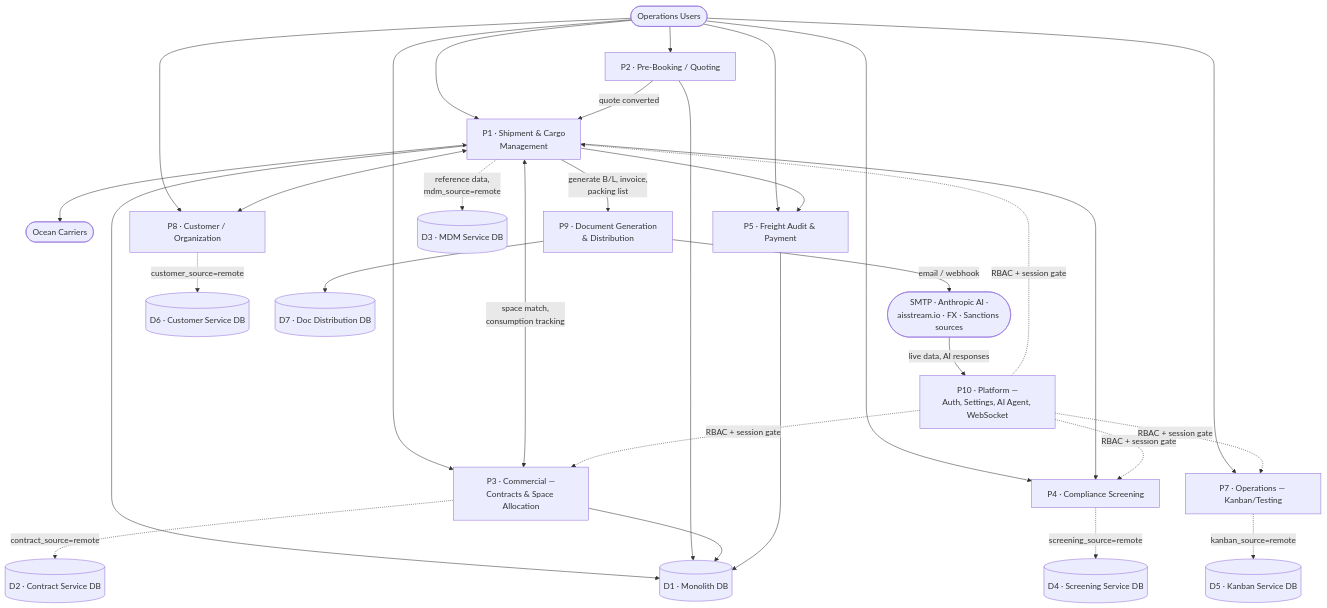
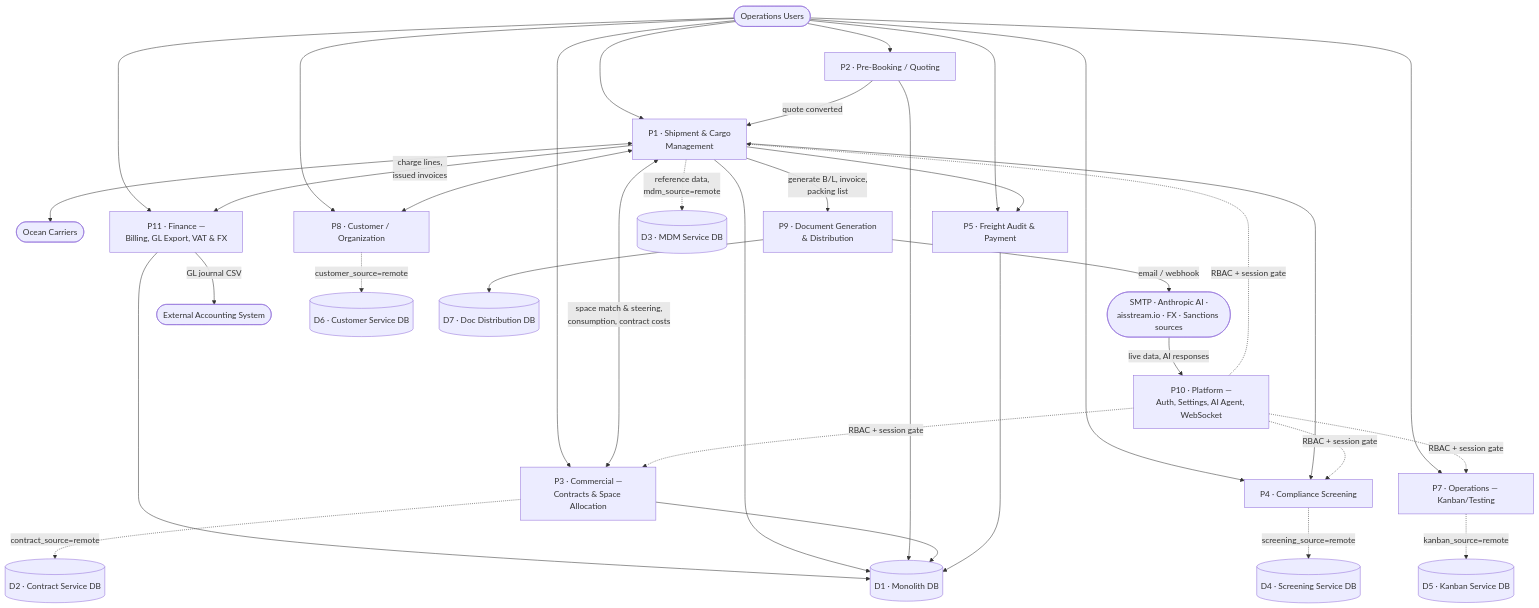
Before and after one commit to alex-mitroiu/CargoDesk: the second of 2 diagrams in DFS.md, drawn with Mermaid. The commit also changed other lines of this file and 89 other files, not shown here.

````diff
--- a/DFS.md
+++ b/DFS.md
@@ -117,59 +123,65 @@
 ```mermaid
 flowchart TB
     Users(["Operations Users"])
     Carriers(["Ocean Carriers"])
     Ext(["SMTP · Anthropic AI ·\naisstream.io · FX · Sanctions sources"])
+    Acc(["External Accounting System"])
 
     P1["P1 · Shipment & Cargo\nManagement"]
     P2["P2 · Pre-Booking / Quoting"]
     P3["P3 · Commercial —\nContracts & Space Allocation"]
     P4["P4 · Compliance Screening"]
     P5["P5 · Freight Audit & Payment"]
     P7["P7 · Operations — Kanban/Testing"]
     P8["P8 · Customer / Organization"]
     P9["P9 · Document Generation\n& Distribution"]
     P10["P10 · Platform —\nAuth, Settings, AI Agent, WebSocket"]
+    P11["P11 · Finance —\nBilling, GL Export, VAT & FX"]
 
     D1[("D1 · Monolith DB")]
     D2[("D2 · Contract Service DB")]
     D3[("D3 · MDM Service DB")]
     D4[("D4 · Screening Service DB")]
     D5[("D5 · Kanban Service DB")]
     D6[("D6 · Customer Service DB")]
     D7[("D7 · Doc Distribution DB")]
 
     Users --> P1
     Users --> P2
     Users --> P3
     Users --> P4
     Users --> P5
     Users --> P7
     Users --> P8
+    Users --> P11
 
     P2 -->|quote converted| P1
     P1 <--> Carriers
-    P1 <-->|space match,\nconsumption tracking| P3
+    P1 <-->|space match & steering,\nconsumption, contract costs| P3
+    P1 -->|charge lines,\nissued invoices| P11
+    P11 -->|GL journal CSV| Acc
+    P11 --> D1
     P1 --> P4
     P1 --> P5
     P1 -->|generate B/L, invoice,\npacking list| P9
     P9 -->|email / webhook| Ext
     Ext -->|live data, AI responses| P10
 
     P1 -.->|reference data,\nmdm_source=remote| D3
     P3 -.->|contract_source=remote| D2
     P4 -.->|screening_source=remote| D4
     P7 -.->|kanban_source=remote| D5
     P8 -.->|customer_source=remote| D6
     P9 --> D7
 
     P1 --> D1
     P2 --> D1
     P3 --> D1
     P5 --> D1
     P1 <--> P8
 
     P10 -.->|RBAC + session gate| P1
     P10 -.->|RBAC + session gate| P3
     P10 -.->|RBAC + session gate| P4
     P10 -.->|RBAC + session gate| P7
 ```
````
